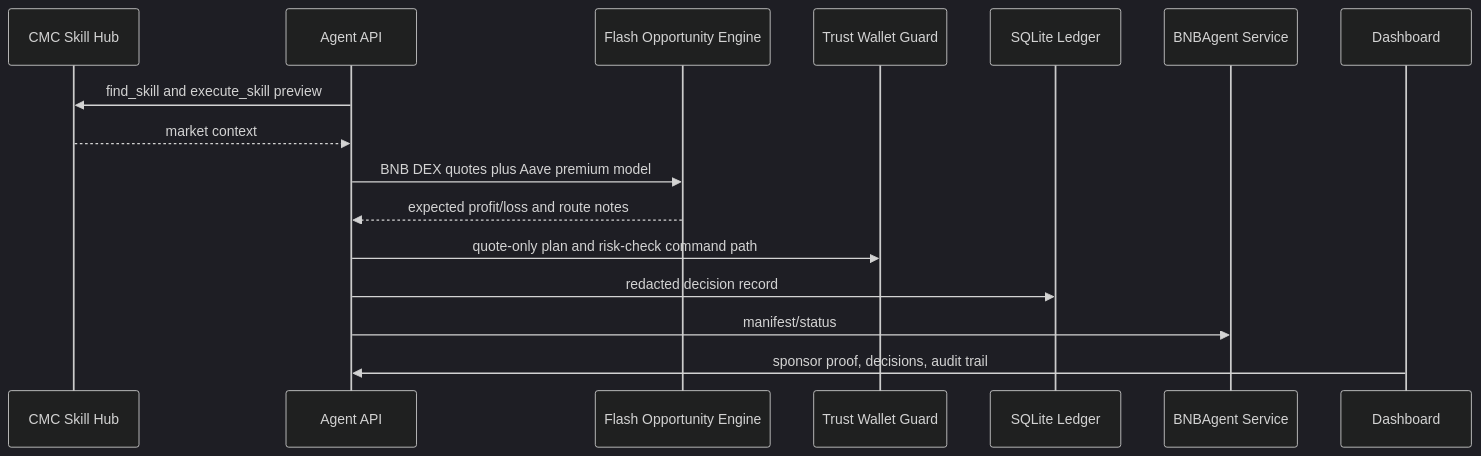
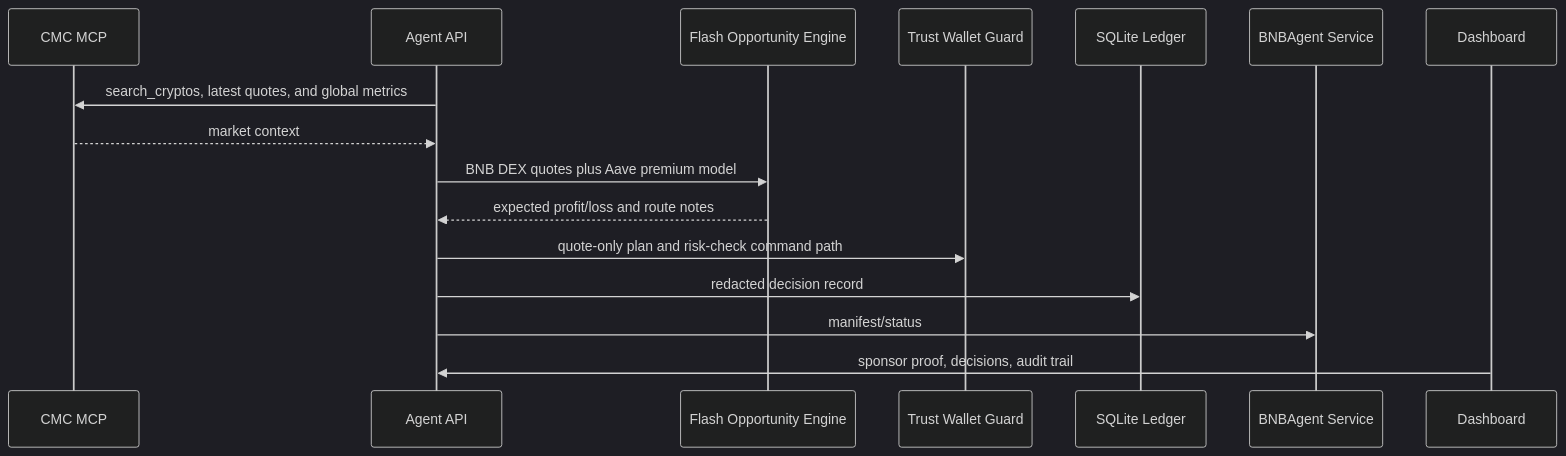
Before and after one commit to digitalmagic888/AI-Trading-Agent: the diagram in docs/architecture.md, drawn with Mermaid (dark theme). The commit also changed 13 other files, not shown here.

Commit message:
fix: switch CMC integration to default MCP skill

````diff
--- a/docs/architecture.md
+++ b/docs/architecture.md
@@ -5,19 +5,19 @@
 ```mermaid
 sequenceDiagram
-  participant CMC as CMC Skill Hub
+  participant CMC as CMC MCP
   participant API as Agent API
   participant Flash as Flash Opportunity Engine
   participant TWAK as Trust Wallet Guard
   participant Ledger as SQLite Ledger
   participant BNB as BNBAgent Service
   participant UI as Dashboard
 
-  API->>CMC: find_skill and execute_skill preview
+  API->>CMC: search_cryptos, latest quotes, and global metrics
   CMC-->>API: market context
   API->>Flash: BNB DEX quotes plus Aave premium model
   Flash-->>API: expected profit/loss and route notes
   API->>TWAK: quote-only plan and risk-check command path
   API->>Ledger: redacted decision record
   API->>BNB: manifest/status
   UI->>API: sponsor proof, decisions, audit trail
 ```
````
